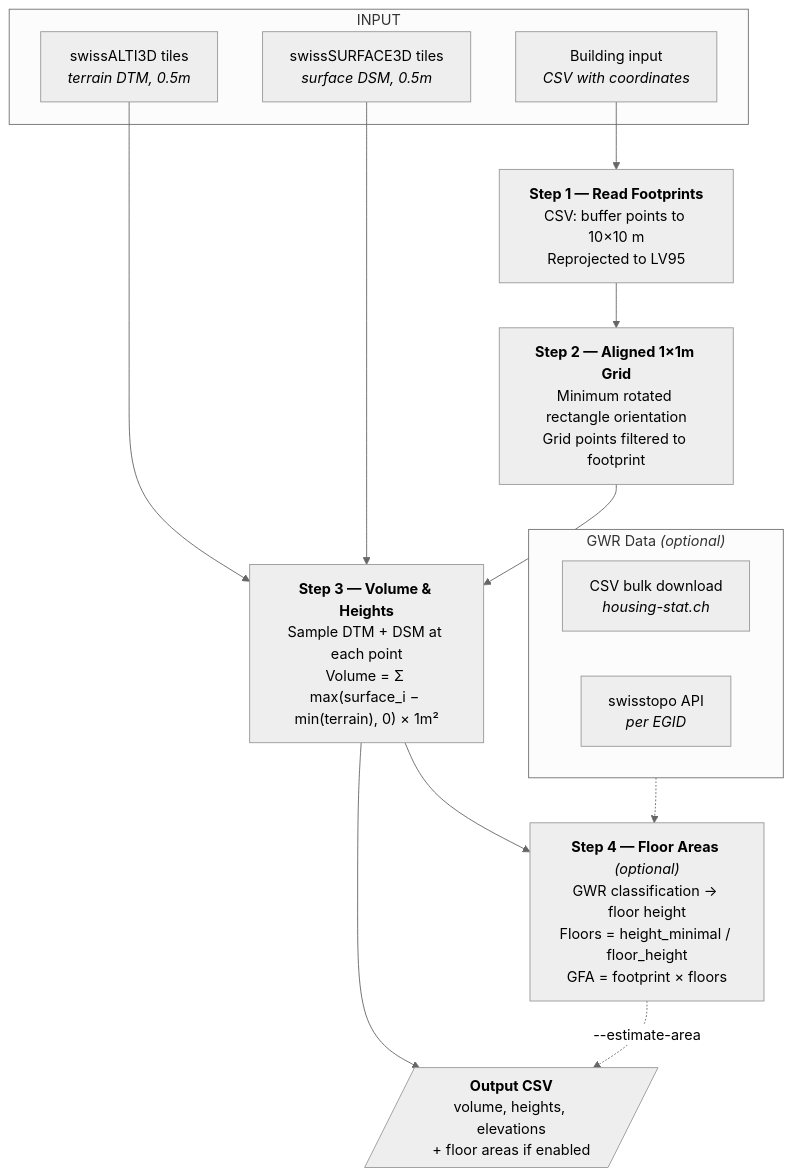
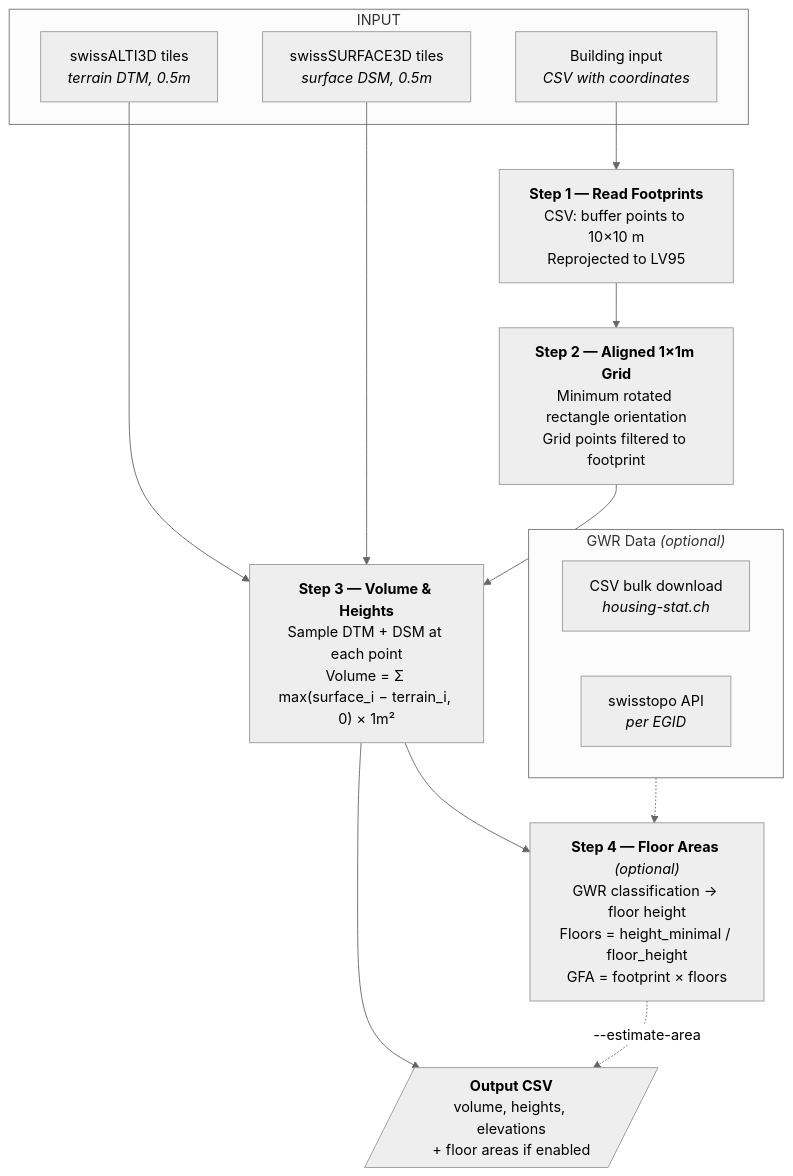
Before and after one commit to bbl-dres/area-estimator: the diagram in README.md, drawn with Mermaid (neutral theme). The commit also changed other lines of this file and 2 other files, not shown here.

````diff
--- a/README.md
+++ b/README.md
@@ -22,31 +22,31 @@
 ```mermaid
 flowchart TD
     subgraph INPUT
         A1[Building input<br><i>CSV with coordinates</i>]
         A2[swissALTI3D tiles<br><i>terrain DTM, 0.5m</i>]
         A3[swissSURFACE3D tiles<br><i>surface DSM, 0.5m</i>]
     end
 
     A1 --> S1
     A2 --> S3
     A3 --> S3
 
     S1["<b>Step 1 — Read Footprints</b><br>CSV: buffer points to 10×10 m<br>Reprojected to LV95"]
     S2["<b>Step 2 — Aligned 1×1m Grid</b><br>Minimum rotated rectangle orientation<br>Grid points filtered to footprint"]
-    S3["<b>Step 3 — Volume & Heights</b><br>Sample DTM + DSM at each point<br>Volume = Σ max(surface_i − min(terrain), 0) × 1m²"]
+    S3["<b>Step 3 — Volume & Heights</b><br>Sample DTM + DSM at each point<br>Volume = Σ max(surface_i − terrain_i, 0) × 1m²"]
     S4["<b>Step 4 — Floor Areas</b> <i>(optional)</i><br>GWR classification → floor height<br>Floors = height_minimal / floor_height<br>GFA = footprint × floors"]
 
     S1 --> S2 --> S3 --> S4
 
     S3 --> OUT
     S4 -.->|--estimate-area| OUT
 
     OUT[/"<b>Output CSV</b><br>volume, heights, elevations<br>+ floor areas if enabled"/]
 
     subgraph GWR["GWR Data <i>(optional)</i>"]
         G1[CSV bulk download<br><i>housing-stat.ch</i>]
         G2[swisstopo API<br><i>per EGID</i>]
     end
 
     GWR -.-> S4
 ```
````
